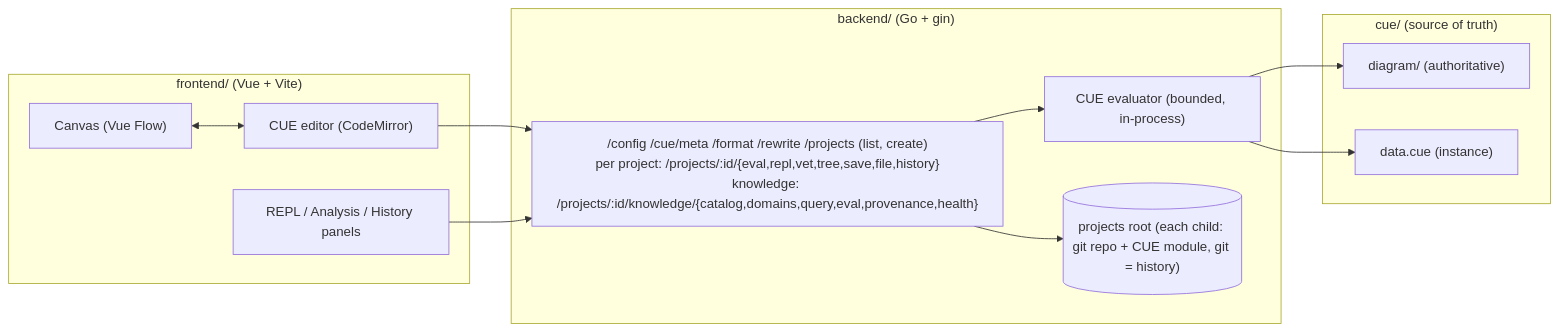
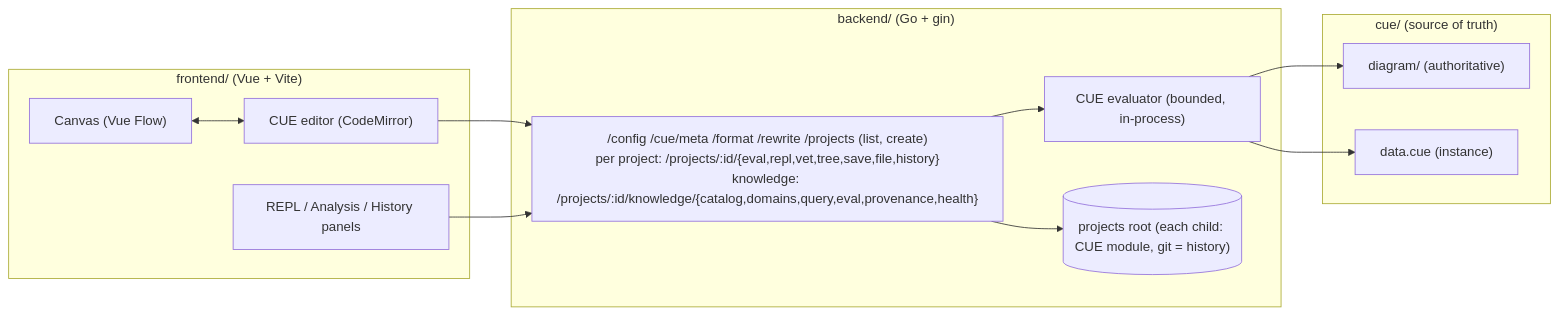
The diagram in README.md (stratorys/cueto), drawn with Mermaid before and after one commit. The commit also changed other lines of this file and 2 other files, not shown here.

````diff
--- a/README.md
+++ b/README.md
@@ -175,27 +191,27 @@
 ```mermaid
 flowchart LR
   subgraph fe["frontend/ (Vue + Vite)"]
     canvas["Canvas (Vue Flow)"]
     editor["CUE editor (CodeMirror)"]
     repl["REPL / Analysis / History panels"]
   end
 
   subgraph be["backend/ (Go + gin)"]
     api["/config /cue/meta /format /rewrite /projects (list, create)\nper project: /projects/:id/{eval,repl,vet,tree,save,file,history}\nknowledge: /projects/:id/knowledge/{catalog,domains,query,eval,provenance,health}"]
     eval["CUE evaluator (bounded, in-process)"]
-    projectsdir[("projects root (each child: git repo + CUE module, git = history)")]
+    projectsdir[("projects root (each child: CUE module, git = history)")]
   end
 
   subgraph cue["cue/ (source of truth)"]
     schema["diagram/ (authoritative)"]
     data["data.cue (instance)"]
   end
 
   canvas <--> editor
   editor --> api
   repl --> api
   api --> eval
   eval --> schema
   eval --> data
   api --> projectsdir
 ```
````
